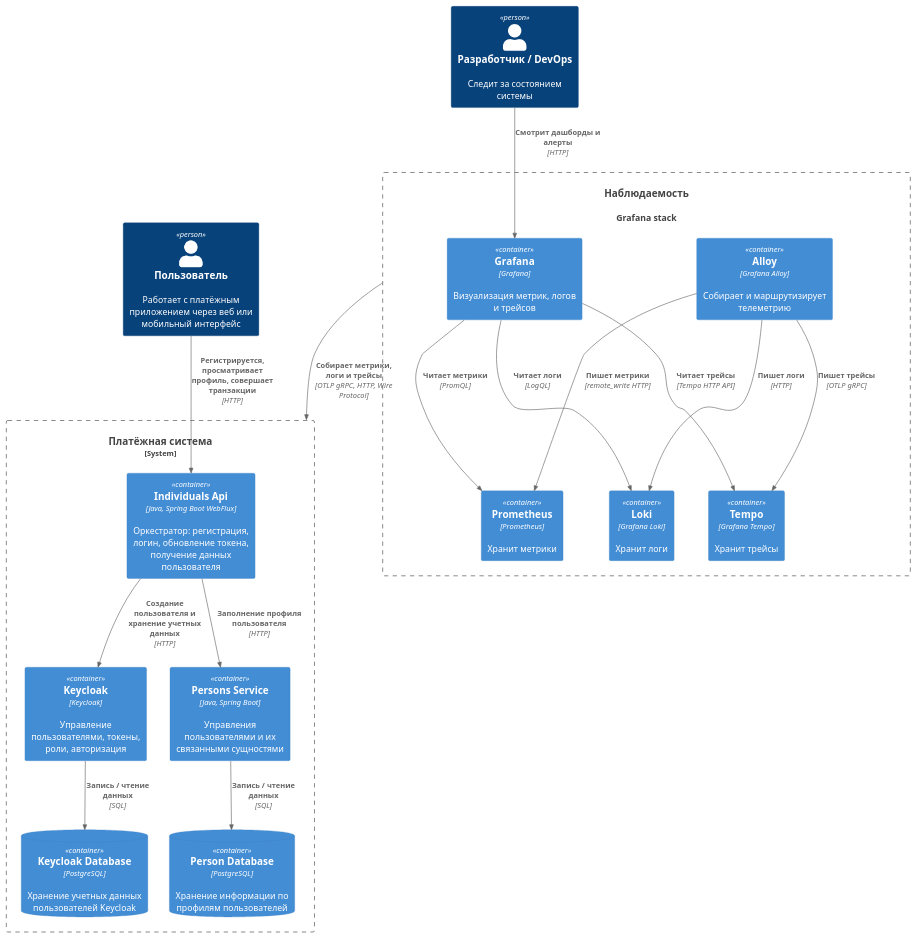
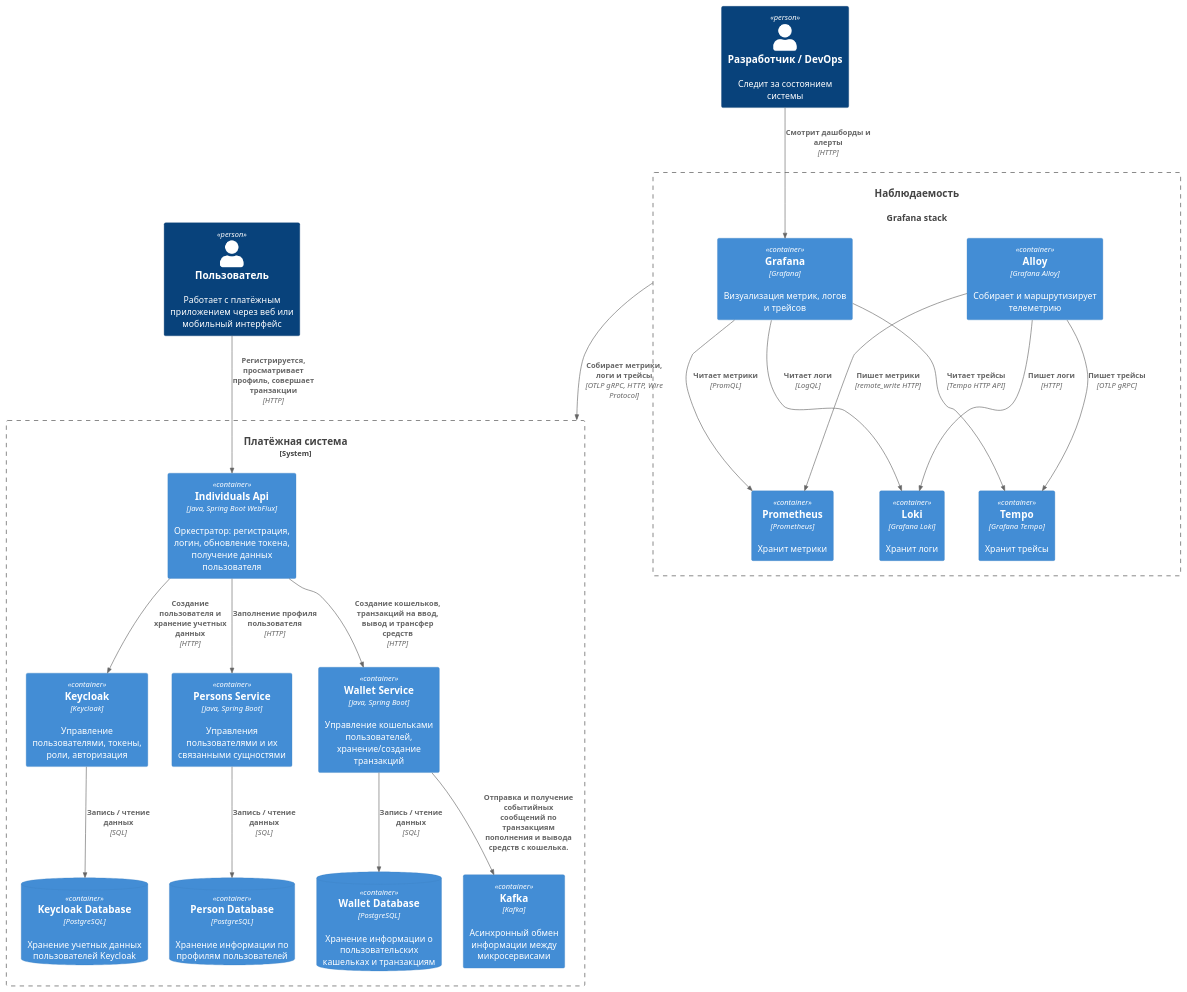
Before and after one commit to Ersted-me/payment-system: the diagram in architecture/С4_Container_Payment_System.puml, drawn with PlantUML. The commit also changed 4 other files, not shown here.

Commit message:
add architecture for wallet service

```diff
--- a/architecture/С4_Container_Payment_System.puml
+++ b/architecture/С4_Container_Payment_System.puml
@@ -1,48 +1,55 @@
 @startuml
 !include https://raw.githubusercontent.com/plantuml-stdlib/C4-PlantUML/master/C4_Container.puml
 
 Person(user, "Пользователь", "Работает с платёжным приложением через веб или мобильный интерфейс")
 
 System(observability, "Наблюдаемость", "Grafana stack")
 
 System_Boundary(paymentSystem, "Платёжная система") {
     Container(individuals_api, "Individuals Api", "Java, Spring Boot WebFlux", "Оркестратор: регистрация, логин, обновление токена, получение данных пользователя")
     Container(keycloak, "Keycloak", "Keycloak", "Управление пользователями, токены, роли, авторизация")
     ContainerDb(keycloak_database, "Keycloak Database", "PostgreSQL", "Хранение учетных данных пользователей Keycloak")
     Container(persons_service, "Persons Service", "Java, Spring Boot", "Управления пользователями и их связанными сущностями")
     ContainerDb(person_database, "Person Database", "PostgreSQL", "Хранение информации по профилям пользователей")
+
+    Container(wallet_service, "Wallet Service", "Java, Spring Boot", "Управление кошельками пользователей, хранение/создание транзакций")
+    ContainerDb(wallet_database, "Wallet Database", "PostgreSQL", "Хранение информации о пользовательских кашельках и транзакциям")
+    Container(kafka, "Kafka", "Kafka", "Асинхронный обмен информации между микросервисами")
 }
 
 Rel(observability, paymentSystem, "Собирает метрики, логи и трейсы", "OTLP gRPC, HTTP, Wire Protocol")
 
 Rel(user, individuals_api, "Регистрируется, просматривает профиль, совершает транзакции", "HTTP")
 Rel(individuals_api, keycloak, "Создание пользователя и хранение учетных данных", "HTTP")
 Rel(keycloak, keycloak_database, "Запись / чтение данных", "SQL")
 Rel(individuals_api, persons_service, "Заполнение профиля пользователя", "HTTP")
 Rel(persons_service, person_database, "Запись / чтение данных", "SQL")
 
+Rel(individuals_api, wallet_service, "Создание кошельков, транзакций на ввод, вывод и трансфер средств", "HTTP")
+Rel(wallet_service, wallet_database, "Запись / чтение данных", "SQL")
+Rel(wallet_service, kafka, "Отправка и получение событийных сообщений по транзакциям пополнения и вывода средств с кошелька.")
 
 
 Person(dev, "Разработчик / DevOps", "Следит за состоянием системы")
 
 System_Boundary(observability, "Наблюдаемость") {
     Container(alloy, "Alloy", "Grafana Alloy", "Собирает и маршрутизирует телеметрию")
     Container(prometheus, "Prometheus", "Prometheus", "Хранит метрики")
     Container(loki, "Loki", "Grafana Loki", "Хранит логи")
     Container(tempo, "Tempo", "Grafana Tempo", "Хранит трейсы")
     Container(grafana, "Grafana", "Grafana", "Визуализация метрик, логов и трейсов")
 }
 
 Rel(dev, grafana, "Смотрит дашборды и алерты", "HTTP")
 
 Rel(alloy, prometheus, "Пишет метрики", "remote_write HTTP")
 Rel(alloy, loki, "Пишет логи", "HTTP")
 Rel(alloy, tempo, "Пишет трейсы", "OTLP gRPC")
 
 Rel(grafana, prometheus, "Читает метрики", "PromQL")
 Rel(grafana, loki, "Читает логи", "LogQL")
 Rel(grafana, tempo, "Читает трейсы", "Tempo HTTP API")
 
 
 
 @enduml
```
